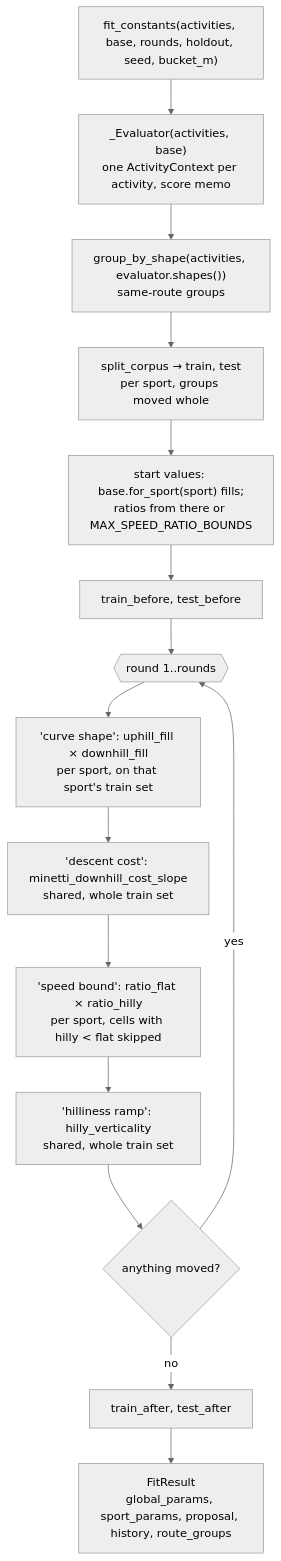
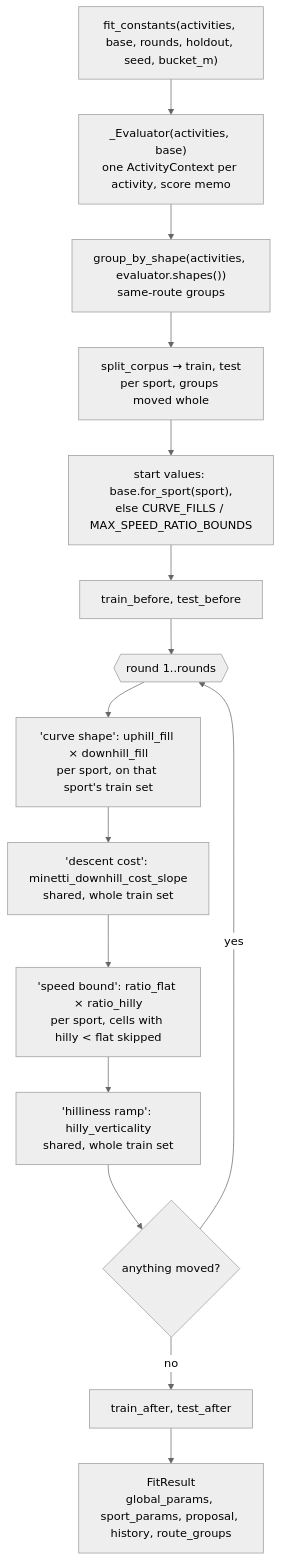
One commit to martin-iflap/GPX_to_FIT changed diagram 14 of 16 in docs/TUNING_ARCHITECTURE.md. Above: the diagram before and after it, drawn with Mermaid (neutral theme). The commit also changed other lines of this file and 16 other files, not shown here.

````diff
--- a/docs/TUNING_ARCHITECTURE.md
+++ b/docs/TUNING_ARCHITECTURE.md
@@ -638,18 +639,18 @@
 ```mermaid
 flowchart TD
   fc["fit_constants(activities, base, rounds, holdout, seed, bucket_m)"]
   fc --> ev["_Evaluator(activities, base)<br/>one ActivityContext per activity, score memo"]
   ev --> gbs["group_by_shape(activities, evaluator.shapes())<br/>same-route groups"]
   gbs --> sc["split_corpus → train, test<br/>per sport, groups moved whole"]
-  sc --> init["start values: base.for_sport(sport) fills;<br/>ratios from there or MAX_SPEED_RATIO_BOUNDS"]
+  sc --> init["start values: base.for_sport(sport),<br/>else CURVE_FILLS / MAX_SPEED_RATIO_BOUNDS"]
   init --> before["train_before, test_before"]
   before --> rounds{{"round 1..rounds"}}
   rounds --> st1["'curve shape': uphill_fill × downhill_fill<br/>per sport, on that sport's train set"]
   st1 --> st1b["'descent cost': minetti_downhill_cost_slope<br/>shared, whole train set"]
   st1b --> st2["'speed bound': ratio_flat × ratio_hilly<br/>per sport, cells with hilly < flat skipped"]
   st2 --> st3["'hilliness ramp': hilly_verticality<br/>shared, whole train set"]
   st3 --> moved{"anything moved?"}
   moved -- yes --> rounds
   moved -- no --> after["train_after, test_after"]
   after --> FR["FitResult<br/>global_params, sport_params, proposal, history, route_groups"]
 ```
````
